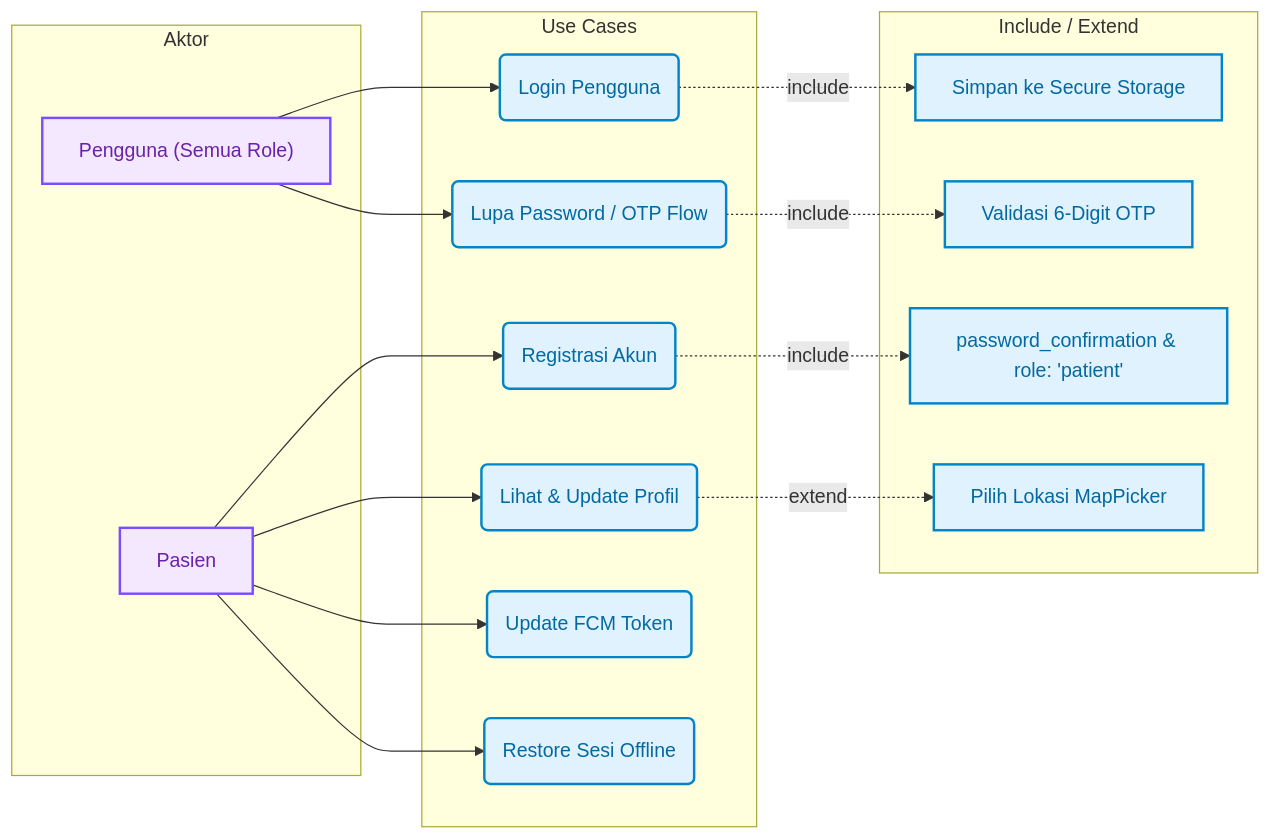
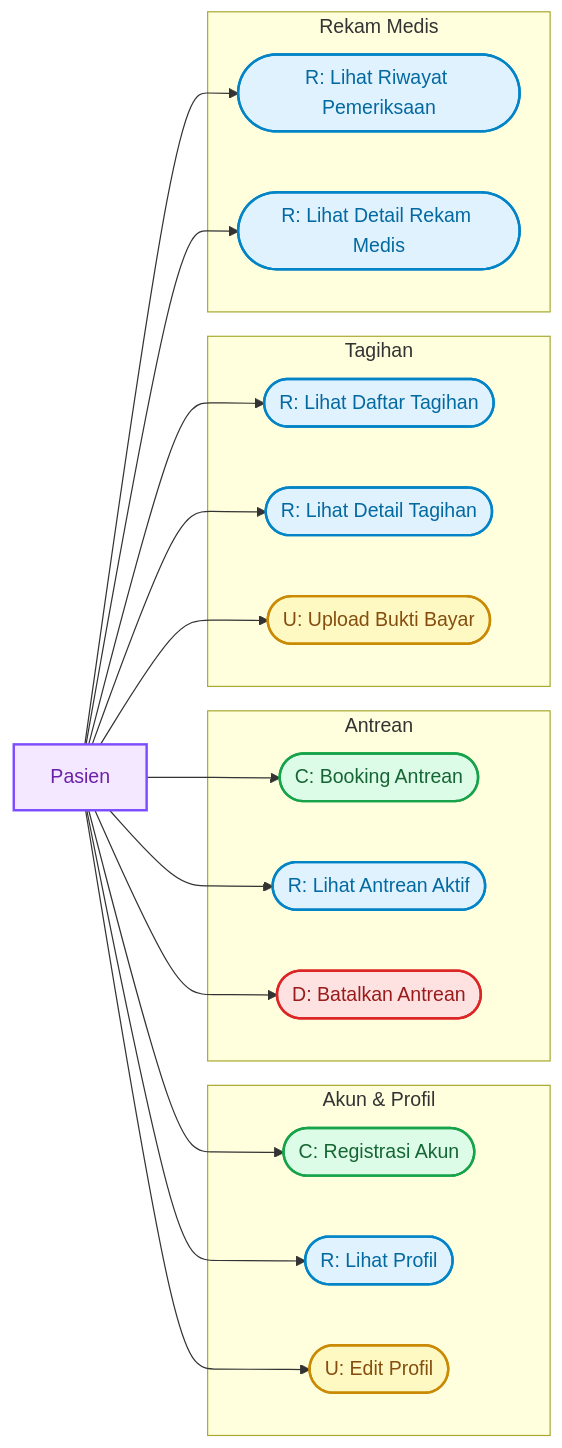
One commit to Rezi14/NalaSeva-Mobile-Test changed the second of 5 diagrams in dokumentasi/USECASE_DIAGRAM.md. Above: the diagram before and after it, drawn with Mermaid. The commit also changed other lines of this file, not shown here.

````diff
--- a/dokumentasi/USECASE_DIAGRAM.md
+++ b/dokumentasi/USECASE_DIAGRAM.md
@@ -101,40 +146,45 @@
 ```mermaid
 flowchart LR
   classDef actorStyle fill:#f3e8ff,stroke:#7c4dff,stroke-width:2px,color:#6b21a8;
-  classDef usecaseStyle fill:#e0f2fe,stroke:#0284c7,stroke-width:2px,color:#0369a1;
+  classDef cStyle fill:#dcfce7,stroke:#16a34a,stroke-width:2px,color:#166534;
+  classDef rStyle fill:#e0f2fe,stroke:#0284c7,stroke-width:2px,color:#0369a1;
+  classDef uStyle fill:#fef9c3,stroke:#ca8a04,stroke-width:2px,color:#854d0e;
+  classDef dStyle fill:#fee2e2,stroke:#dc2626,stroke-width:2px,color:#991b1b;
 
-  subgraph Actors [Aktor]
-    User["Pengguna (Semua Role)"]:::actorStyle
-    Pasien[Pasien]:::actorStyle
+  Pasien[Pasien]:::actorStyle
+
+  subgraph Akun ["Akun & Profil"]
+    C1(["C: Registrasi Akun"]):::cStyle
+    R1(["R: Lihat Profil"]):::rStyle
+    U1(["U: Edit Profil"]):::uStyle
   end
 
-  subgraph UseCases [Use Cases]
-    UC_Login(Login Pengguna):::usecaseStyle
-    UC_OTP(Lupa Password / OTP Flow):::usecaseStyle
-    UC_Reg(Registrasi Akun):::usecaseStyle
-    UC_Profile(Lihat & Update Profil):::usecaseStyle
-    UC_FCM(Update FCM Token):::usecaseStyle
-    UC_Offline(Restore Sesi Offline):::usecaseStyle
+  subgraph Antrean ["Antrean"]
+    C2(["C: Booking Antrean"]):::cStyle
+    R2(["R: Lihat Antrean Aktif"]):::rStyle
+    D1(["D: Batalkan Antrean"]):::dStyle
   end
 
-  subgraph Details [Include / Extend]
-    UC_Conf["password_confirmation & role: 'patient'"]:::usecaseStyle
-    UC_SaveToken[Simpan ke Secure Storage]:::usecaseStyle
-    UC_VerifyOTP[Validasi 6-Digit OTP]:::usecaseStyle
-    UC_Map[Pilih Lokasi MapPicker]:::usecaseStyle
+  subgraph Tagihan ["Tagihan"]
+    R3(["R: Lihat Daftar Tagihan"]):::rStyle
+    R4(["R: Lihat Detail Tagihan"]):::rStyle
+    U2(["U: Upload Bukti Bayar"]):::uStyle
   end
 
-  %% Actor Connections
-  User --> UC_Login
-  User --> UC_OTP
-  Pasien --> UC_Reg
-  Pasien --> UC_Profile
-  Pasien --> UC_FCM
-  Pasien --> UC_Offline
+  subgraph RekamMedis ["Rekam Medis"]
+    R5(["R: Lihat Riwayat Pemeriksaan"]):::rStyle
+    R6(["R: Lihat Detail Rekam Medis"]):::rStyle
+  end
 
-  %% Relations
-  UC_Reg -.->|include| UC_Conf
-  UC_Login -.->|include| UC_SaveToken
-  UC_OTP -.->|include| UC_VerifyOTP
-  UC_Profile -.->|extend| UC_Map
+  Pasien --> C1
+  Pasien --> R1
+  Pasien --> U1
+  Pasien --> C2
+  Pasien --> R2
+  Pasien --> D1
+  Pasien --> R3
+  Pasien --> R4
+  Pasien --> U2
+  Pasien --> R5
+  Pasien --> R6
 ```
````
